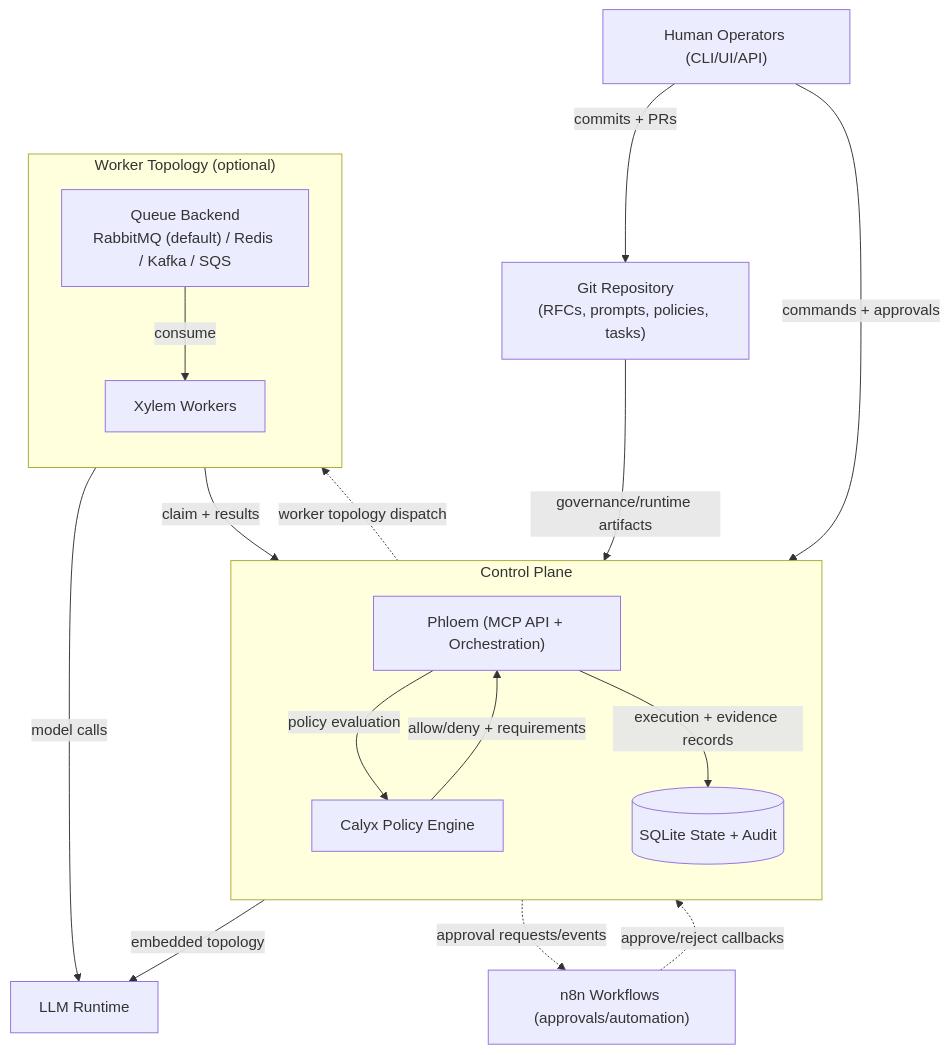
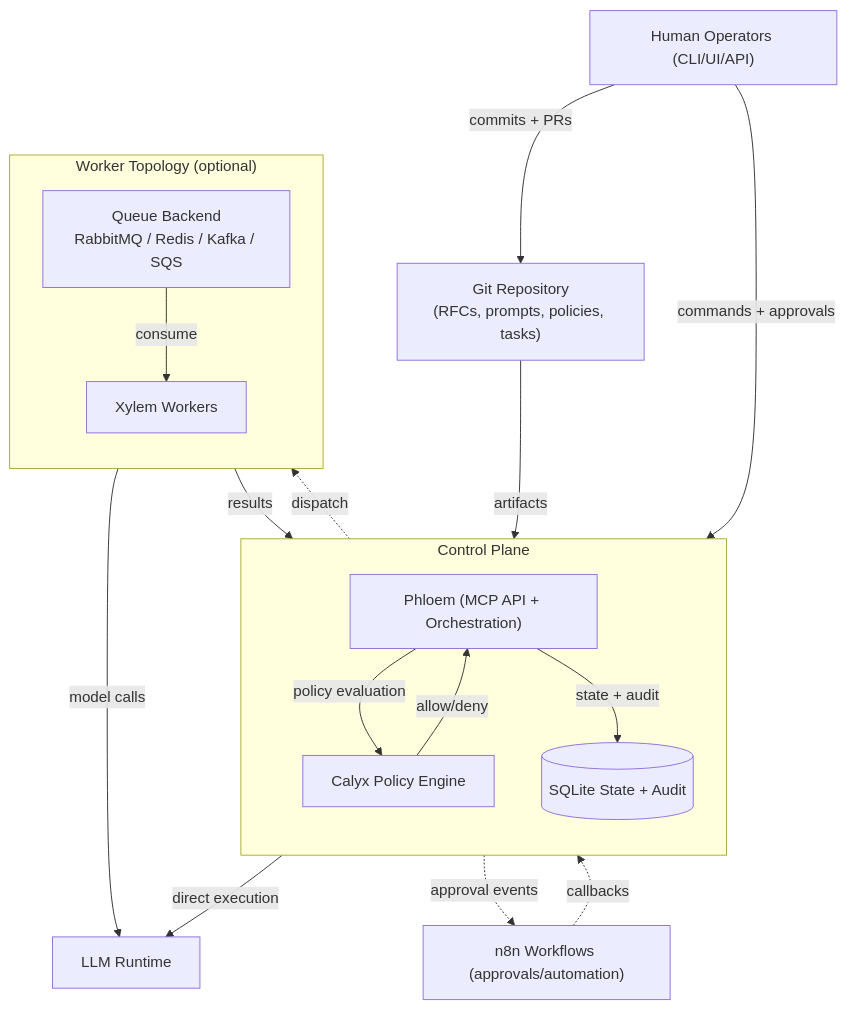
One commit to hackelia-micrantha/anthesis-community changed the diagram in README.md. Above: the diagram before and after it, drawn with Mermaid. The commit also changed other lines of this file and 1 other file, not shown here.

````diff
--- a/README.md
+++ b/README.md
@@ -102,37 +139,37 @@
 ```mermaid
 flowchart TD
   H["Human Operators (CLI/UI/API)"]
   G["Git Repository<br/>(RFCs, prompts, policies, tasks)"]
   N["n8n Workflows (approvals/automation)"]
   L["LLM Runtime"]
 
   subgraph CP["Control Plane"]
     direction TB
     P["Phloem (MCP API + Orchestration)"]
     C["Calyx Policy Engine"]
     D[("SQLite State + Audit")]
   end
 
   subgraph WT["Worker Topology (optional)"]
     direction TB
-    Q["Queue Backend<br/>RabbitMQ (default) / Redis / Kafka / SQS"]
+    Q["Queue Backend<br/>RabbitMQ / Redis / Kafka / SQS"]
     X["Xylem Workers"]
   end
 
   H -->|commands + approvals| P
   H -->|commits + PRs| G
-  G -->|governance/runtime artifacts| P
+  G -->|artifacts| P
 
   P -->|policy evaluation| C
-  C -->|allow/deny + requirements| P
-  P -->|execution + evidence records| D
+  C -->|allow/deny| P
+  P -->|state + audit| D
 
-  P -->|embedded topology| L
-  P -.->|worker topology dispatch| Q
+  P -->|direct execution| L
+  P -.->|dispatch| Q
   Q -->|consume| X
-  X -->|claim + results| P
+  X -->|results| P
   X -->|model calls| L
 
-  P -.->|approval requests/events| N
-  N -.->|approve/reject callbacks| P
+  P -.->|approval events| N
+  N -.->|callbacks| P
 ```
````
